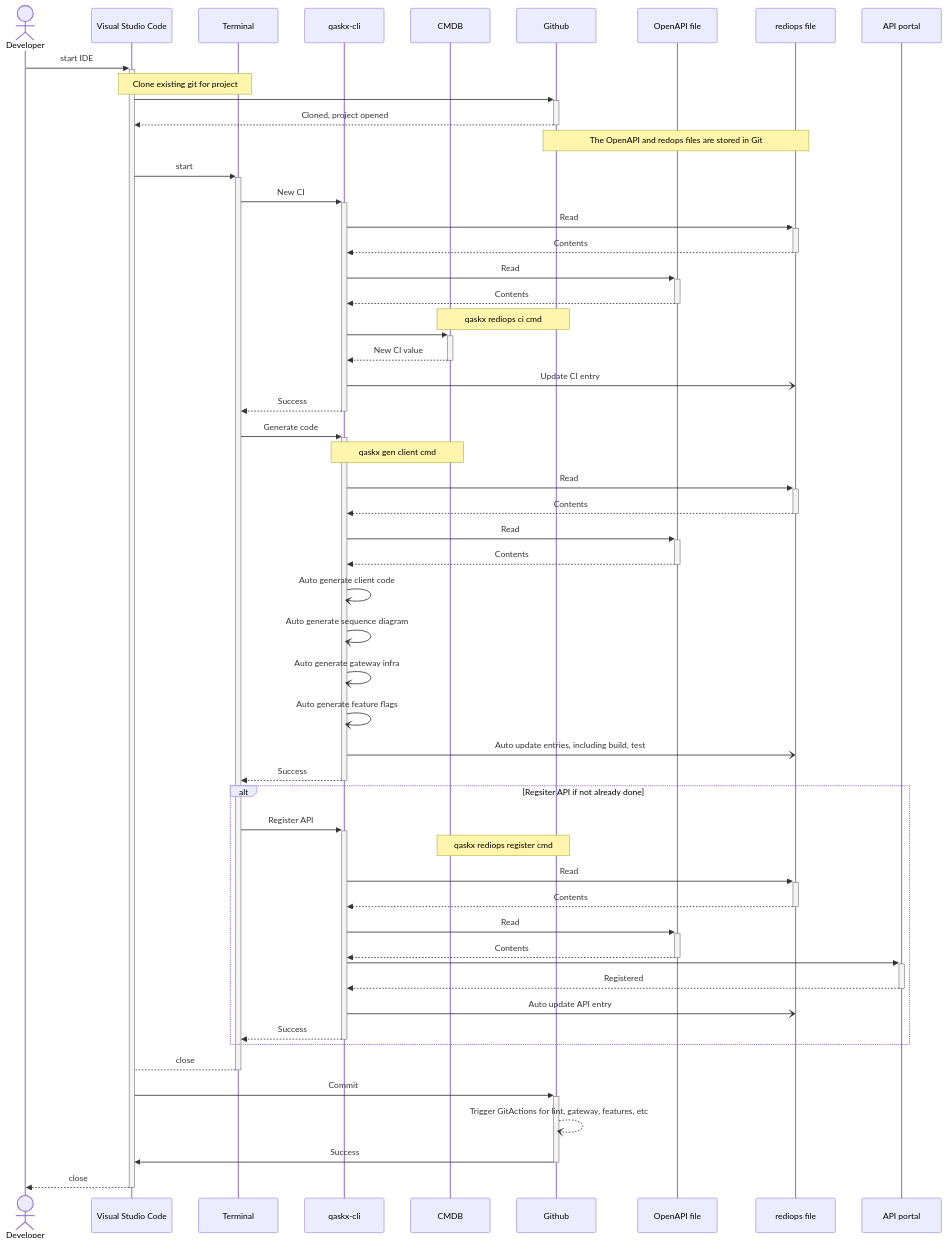
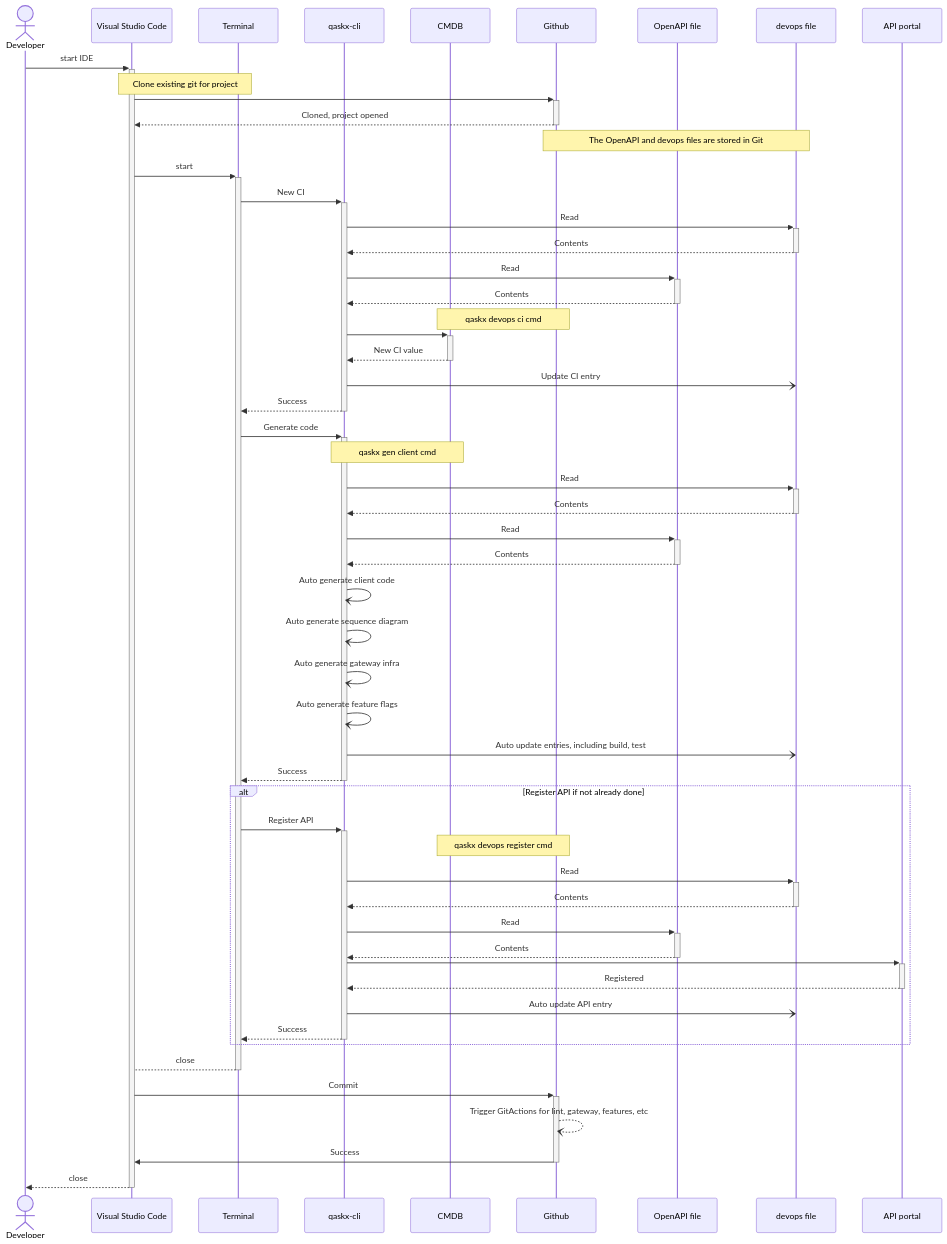
Before and after one commit to meerkat-manor/rediOps: the first of 2 diagrams in docs/developers_client_start.md, drawn with Mermaid. The commit also changed other lines of this file and 4 other files, not shown here.

````diff
--- a/docs/developers_client_start.md
+++ b/docs/developers_client_start.md
@@ -28,72 +28,72 @@
 ```mermaid
 
 sequenceDiagram
 
     actor dev as Developer
     participant vsc as Visual Studio Code
     participant term as Terminal
     participant qaskx as qaskx-cli
     participant cmdb as CMDB
     participant git as Github
-    link git: GitHub @ https://github.com/meerkat-manor/rediOps
+    link git: GitHub @ https://github.com/meerkat-manor/devops
     participant oas3f as OpenAPI file
-    participant rediops as rediops file
+    participant devops as devops file
     participant apip as API portal
 
     dev ->>+ vsc: start IDE
 
     Note over vsc, term: Clone existing git for project
     vsc ->>+ git : 
     git -->>- vsc : Cloned, project opened
 
-    Note over git, rediops: The OpenAPI and redops files are stored in Git
+    Note over git, devops: The OpenAPI and devops files are stored in Git
 
     vsc ->>+ term: start
     term ->>+ qaskx: New CI
-    qaskx ->>+ rediops: Read 
-    rediops -->>- qaskx: Contents
+    qaskx ->>+ devops: Read 
+    devops -->>- qaskx: Contents
     qaskx ->>+ oas3f: Read 
     oas3f -->>- qaskx: Contents
-    Note over cmdb, git: qaskx rediops ci cmd
+    Note over cmdb, git: qaskx devops ci cmd
     qaskx ->>+ cmdb: 
     cmdb -->>- qaskx: New CI value
-    qaskx -) rediops: Update CI entry
+    qaskx -) devops: Update CI entry
     qaskx -->>- term: Success
 
     term ->>+ qaskx: Generate code
     Note over qaskx, cmdb: qaskx gen client cmd
-    qaskx ->>+ rediops: Read 
-    rediops -->>- qaskx: Contents
+    qaskx ->>+ devops: Read 
+    devops -->>- qaskx: Contents
     qaskx ->>+ oas3f: Read 
     oas3f -->>- qaskx: Contents
     qaskx -) qaskx: Auto generate client code
     qaskx -) qaskx: Auto generate sequence diagram
     qaskx -) qaskx: Auto generate gateway infra
     qaskx -) qaskx: Auto generate feature flags
-    qaskx -) rediops: Auto update entries, including build, test
+    qaskx -) devops: Auto update entries, including build, test
     qaskx -->>- term: Success
 
-    alt Regsiter API if not already done
+    alt Register API if not already done
 
     term ->>+ qaskx: Register API
-    Note over cmdb, git: qaskx rediops register cmd
-    qaskx ->>+ rediops: Read 
-    rediops -->>- qaskx: Contents
+    Note over cmdb, git: qaskx devops register cmd
+    qaskx ->>+ devops: Read 
+    devops -->>- qaskx: Contents
     qaskx ->>+ oas3f: Read 
     oas3f -->>- qaskx: Contents
     qaskx ->>+ apip: 
     apip -->>- qaskx: Registered
-    qaskx -) rediops: Auto update API entry
+    qaskx -) devops: Auto update API entry
     qaskx -->>- term: Success
 
     end
 
     term -->- vsc: close
 
     vsc ->>+ git: Commit
     git --) git: Trigger GitActions for lint, gateway, features, etc 
     git ->>- vsc: Success
 
     vsc -->>- dev: close
 
 ```
````
